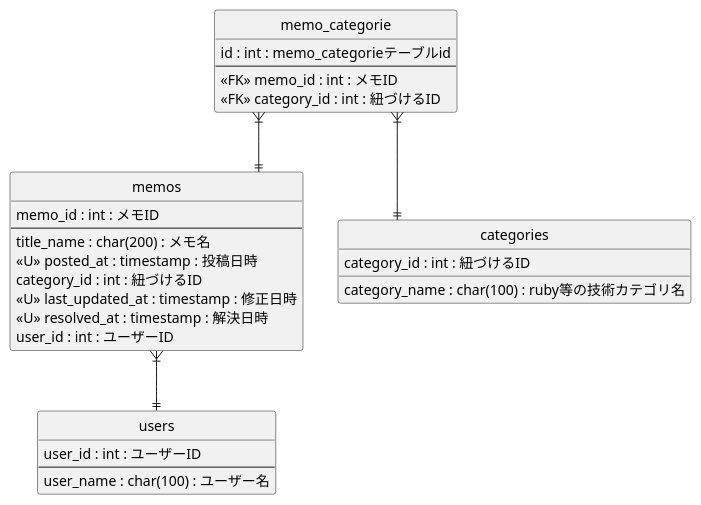
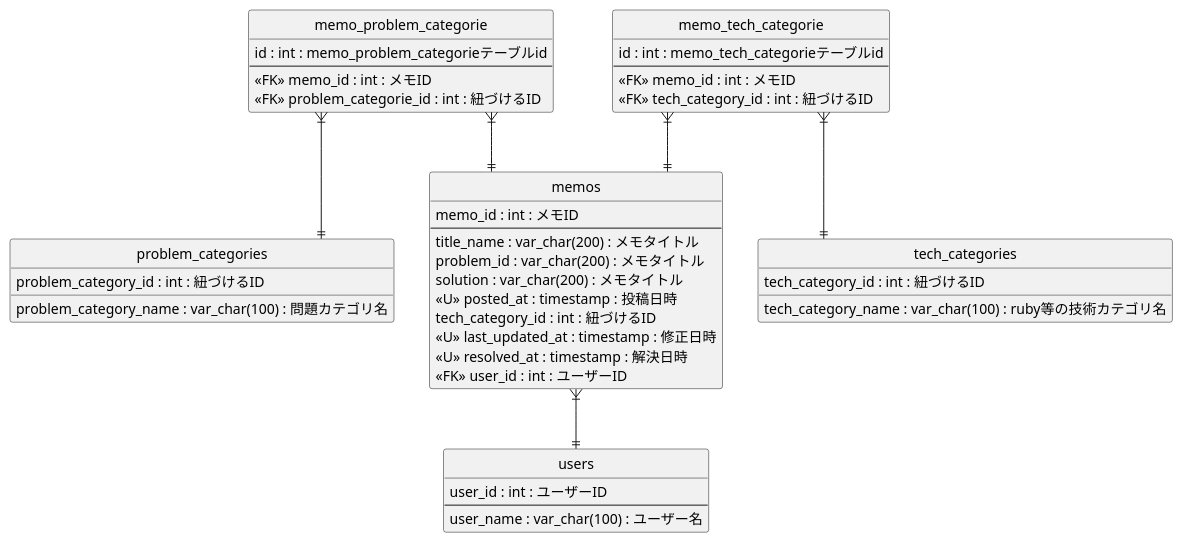
The diagram in backend/db/ER.pu (team1-apprentice-4th/DEV1), drawn with PlantUML before and after one commit. The commit also changed 1 other file, not shown here.

Commit message:
update ER & put picture

```diff
--- a/backend/db/ER.pu
+++ b/backend/db/ER.pu
@@ -9,38 +9,55 @@
 @startuml Tmatter
 hide circle
 hide empty members
 skinparam linetype ortho
+skinparam defaultFontName MSP ゴシック体
 
 entity memos {
     memo_id : int : メモID
     --
-    title_name : char(200) : メモ名
+    title_name : var_char(200) : メモタイトル
+    problem_id : var_char(200) : メモタイトル
+    solution : var_char(200) : メモタイトル
     <<U>> posted_at : timestamp : 投稿日時
-    category_id : int : 紐づけるID
+    tech_category_id : int : 紐づけるID
     <<U>> last_updated_at : timestamp : 修正日時
     <<U>> resolved_at : timestamp : 解決日時
-    user_id : int : ユーザーID
+    <<FK>> user_id : int : ユーザーID
 }
 
 entity users {
     user_id : int : ユーザーID
     --
-    user_name : char(100) : ユーザー名
+    user_name : var_char(100) : ユーザー名
 }
 
-entity memo_categorie {
-    id : int : memo_categorieテーブルid
+entity memo_problem_categorie {
+    id : int : memo_problem_categorieテーブルid
     --
     <<FK>> memo_id : int : メモID
-    <<FK>> category_id : int : 紐づけるID
+    <<FK>> problem_categorie_id : int : 紐づけるID
 }
 
-entity categories {
-    category_id : int : 紐づけるID
-    category_name : char(100) : ruby等の技術カテゴリ名
+entity problem_categories {
+    problem_category_id : int : 紐づけるID
+    problem_category_name : var_char(100) : 問題カテゴリ名
 }
 
-memo_categorie }|--|| memos
-memo_categorie }|--|| categories
+entity memo_tech_categorie {
+    id : int : memo_tech_categorieテーブルid
+    --
+    <<FK>> memo_id : int : メモID
+    <<FK>> tech_category_id : int : 紐づけるID
+}
+
+entity tech_categories {
+    tech_category_id : int : 紐づけるID
+    tech_category_name : var_char(100) : ruby等の技術カテゴリ名
+}
+
+memo_tech_categorie }|--|| memos
+memo_tech_categorie }|--|| tech_categories
+memo_problem_categorie }|--|| memos
+memo_problem_categorie }|--|| problem_categories
 memos }|--|| users
 @endumls
```
